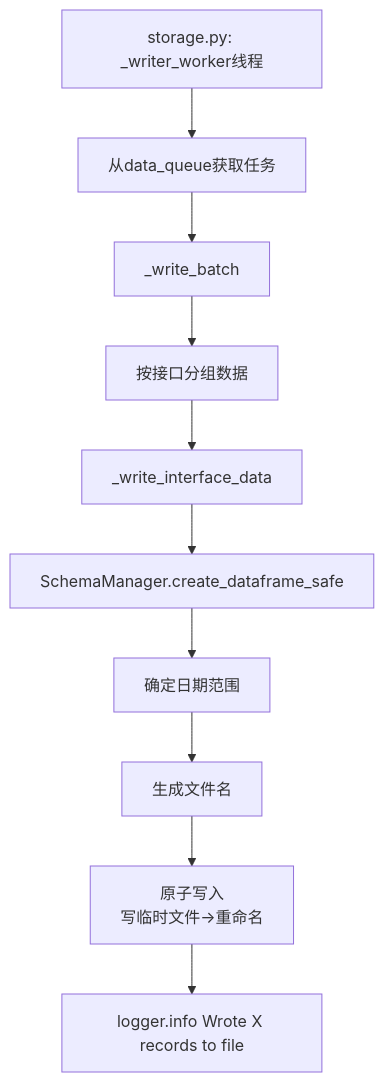
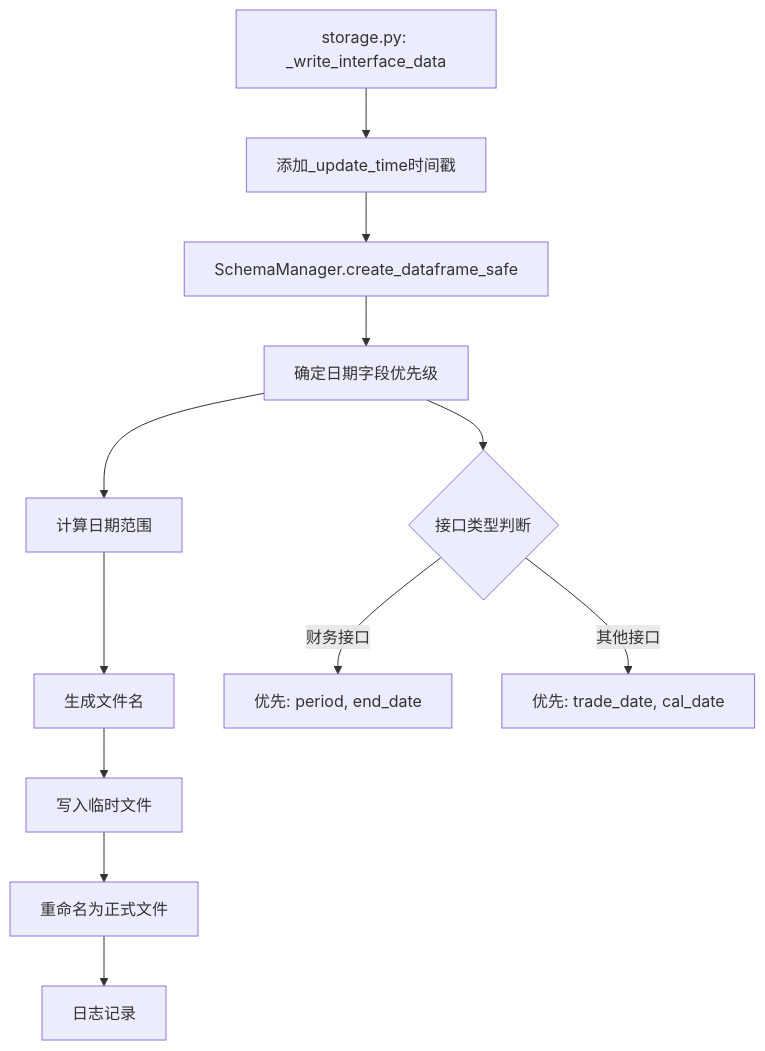
Before and after one commit to k2o333/quantaalpha: diagram 14 of 17 in p/main_to_interface_flow.md, drawn with Mermaid. The commit also changed other lines of this file and 1 other file, not shown here.

````diff
--- a/p/main_to_interface_flow.md
+++ b/p/main_to_interface_flow.md
@@ -323,13 +452,15 @@
 ```mermaid
 graph TD
-    A[storage.py: _writer_worker线程] --> B[从data_queue获取任务]
-    B --> C[_write_batch]
-    C --> D[按接口分组数据]
-    D --> E[_write_interface_data]
+    A[storage.py: _write_interface_data] --> B[添加_update_time时间戳]
+    B --> C[SchemaManager.create_dataframe_safe]
+    C --> D[确定日期字段优先级]
+    D --> E[计算日期范围]
+    E --> F[生成文件名]
+    F --> G[写入临时文件]
+    G --> H[重命名为正式文件]
+    H --> I[日志记录]
     
-    E --> F[SchemaManager.create_dataframe_safe]
-    F --> G[确定日期范围]
-    G --> H[生成文件名]
-    H --> I[原子写入<br/>写临时文件→重命名]
-    I --> J[logger.info Wrote X records to file]
+    D --> J{接口类型判断}
+    J -->|财务接口| K[优先: period, end_date]
+    J -->|其他接口| L[优先: trade_date, cal_date]
 ```
````
